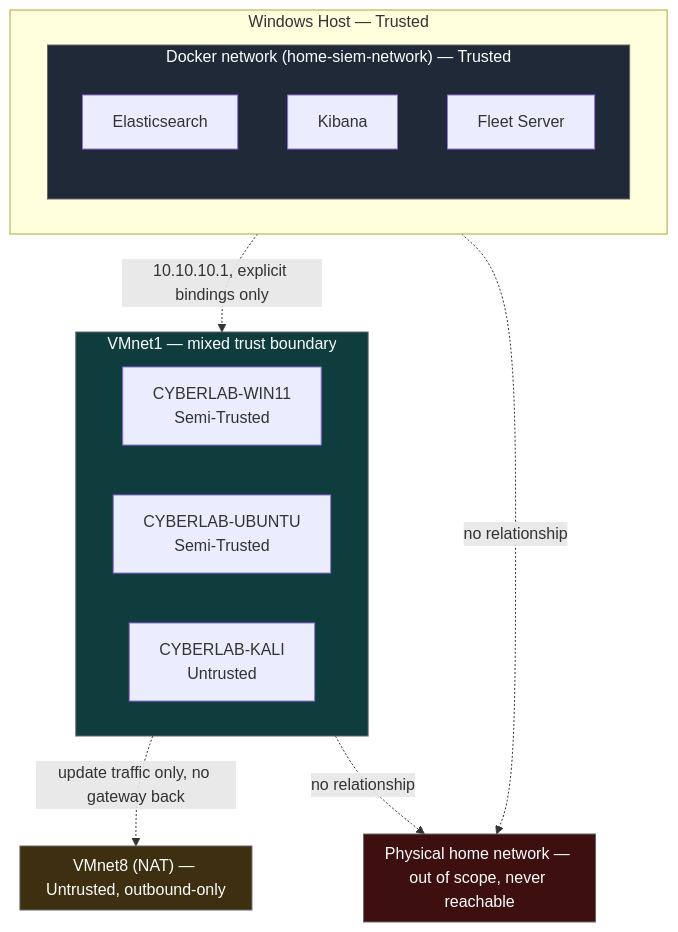
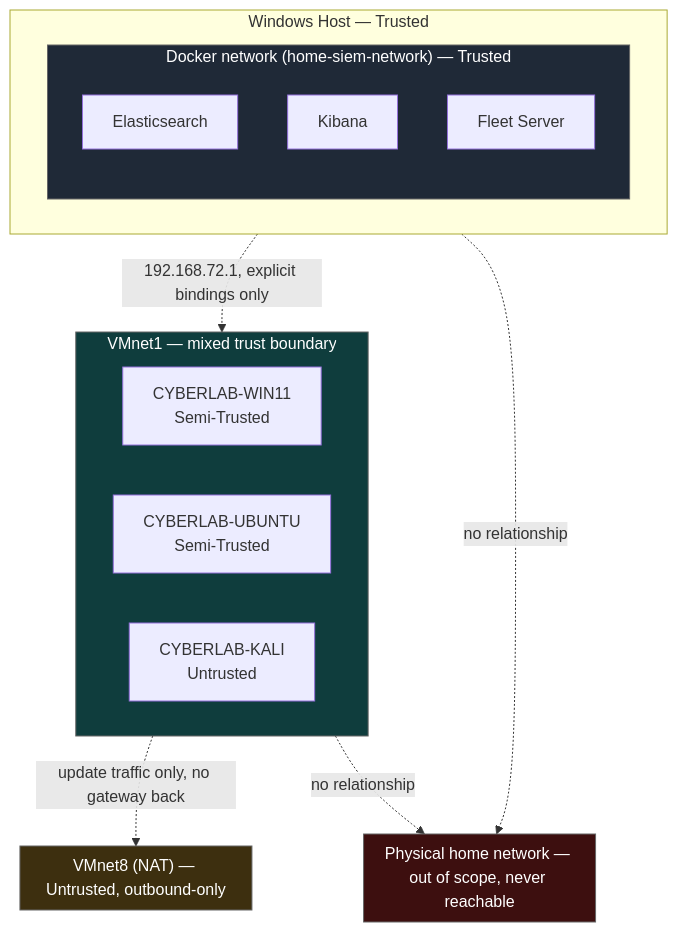
The second of 5 diagrams in docs/architecture/06-security-architecture.md (K1DB00/home-siem), drawn with Mermaid before and after one commit. The commit also changed other lines of this file and 6 other files, not shown here.

Commit message:
Update architecture after Windows implementation

````diff
--- a/docs/architecture/06-security-architecture.md
+++ b/docs/architecture/06-security-architecture.md
@@ -79,32 +79,32 @@
 ```mermaid
 flowchart TB
     subgraph PHYS["Physical home network — out of scope, never reachable"]
     end
 
     subgraph HOST["Windows Host — Trusted"]
         subgraph DOCKER["Docker network (home-siem-network) — Trusted"]
             ES["Elasticsearch"]
             KB["Kibana"]
             FS["Fleet Server"]
         end
     end
 
     subgraph VMNET1["VMnet1 — mixed trust boundary"]
         WIN["CYBERLAB-WIN11\nSemi-Trusted"]
         UB["CYBERLAB-UBUNTU\nSemi-Trusted"]
         KALI["CYBERLAB-KALI\nUntrusted"]
     end
 
     subgraph VMNET8["VMnet8 (NAT) — Untrusted, outbound-only"]
     end
 
-    HOST -. "10.10.10.1, explicit bindings only" .-> VMNET1
+    HOST -. "192.168.72.1, explicit bindings only" .-> VMNET1
     VMNET1 -. "update traffic only, no gateway back" .-> VMNET8
     HOST -. "no relationship" .-> PHYS
     VMNET1 -. "no relationship" .-> PHYS
 
     style DOCKER fill:#1f2937,color:#fff,stroke:#666
     style VMNET1 fill:#0f3d3d,color:#fff,stroke:#666
     style VMNET8 fill:#3d2f0f,color:#fff,stroke:#666
     style PHYS fill:#3d0f0f,color:#fff,stroke:#666
 ```
````
